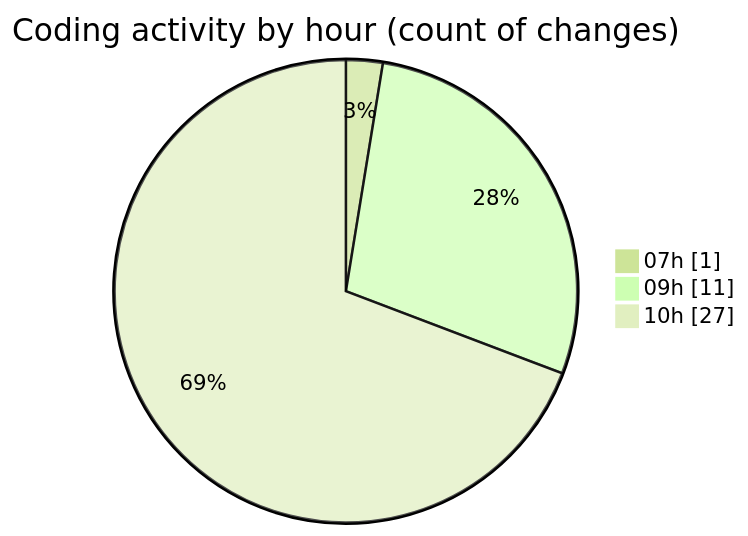
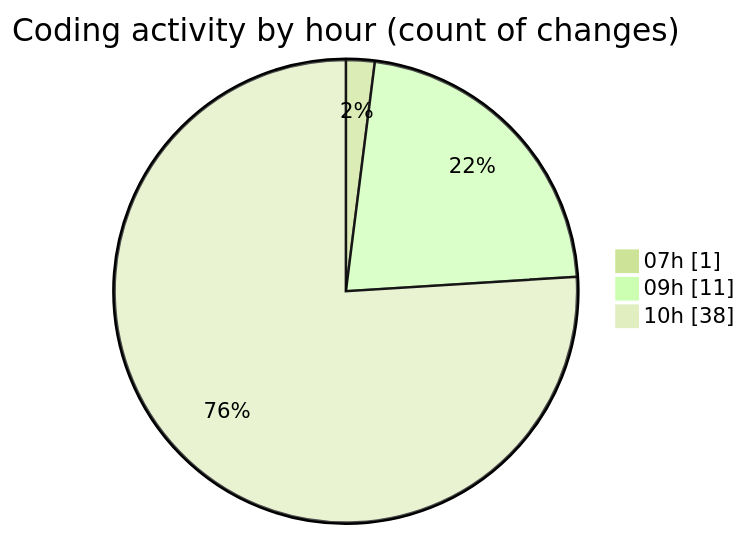
Before and after one commit to becaeroporto-bot/code-tracking: the second of 2 diagrams in 2026-02-17/id_ia/README.md, drawn with Mermaid (forest theme). The commit also changed other lines of this file and 1 other file, not shown here.

````diff
--- a/2026-02-17/id_ia/README.md
+++ b/2026-02-17/id_ia/README.md
@@ -43,7 +50,7 @@
 ```mermaid
 pie showData
 title Coding activity by hour (count of changes)
 "07h" : 1
 "09h" : 11
-"10h" : 27
+"10h" : 38
 ```
````
